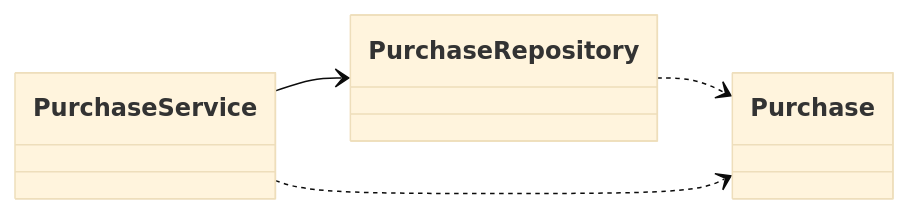
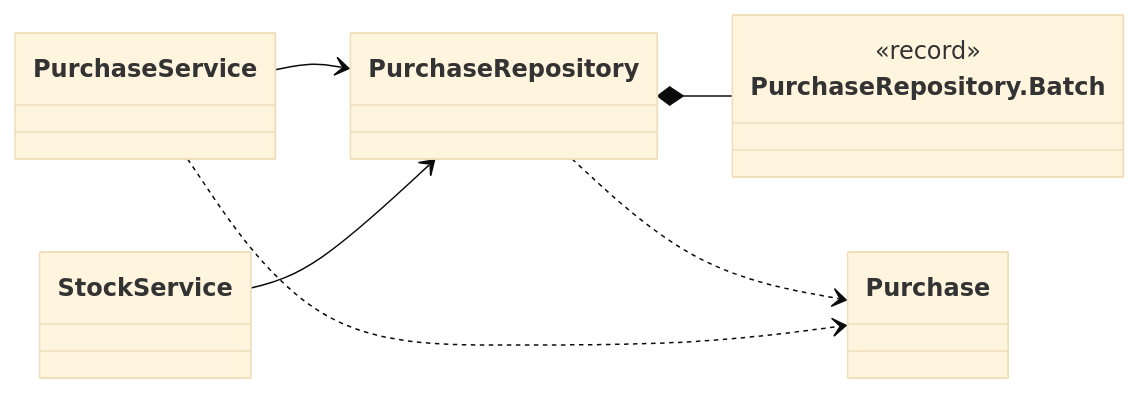
The first of 6 diagrams in docs/classes/finance.md (Nate-ryan-7690/dahaem), drawn with Mermaid (base theme) before and after one commit. The commit also changed other lines of this file and 5 other files, not shown here.

````diff
--- a/docs/classes/finance.md
+++ b/docs/classes/finance.md
@@ -11,10 +11,16 @@
 ```mermaid
 classDiagram
     direction LR
     class finance_Purchase["Purchase"]
     class finance_PurchaseRepository["PurchaseRepository"]
+    class finance_PurchaseRepository_Batch["PurchaseRepository.Batch"] {
+        <<record>>
+    }
     class finance_PurchaseService["PurchaseService"]
+    class finance_StockService["StockService"]
+    finance_PurchaseRepository *-- finance_PurchaseRepository_Batch
     finance_PurchaseRepository ..> finance_Purchase
     finance_PurchaseService --> finance_PurchaseRepository
     finance_PurchaseService ..> finance_Purchase
+    finance_StockService --> finance_PurchaseRepository
 ```
````
